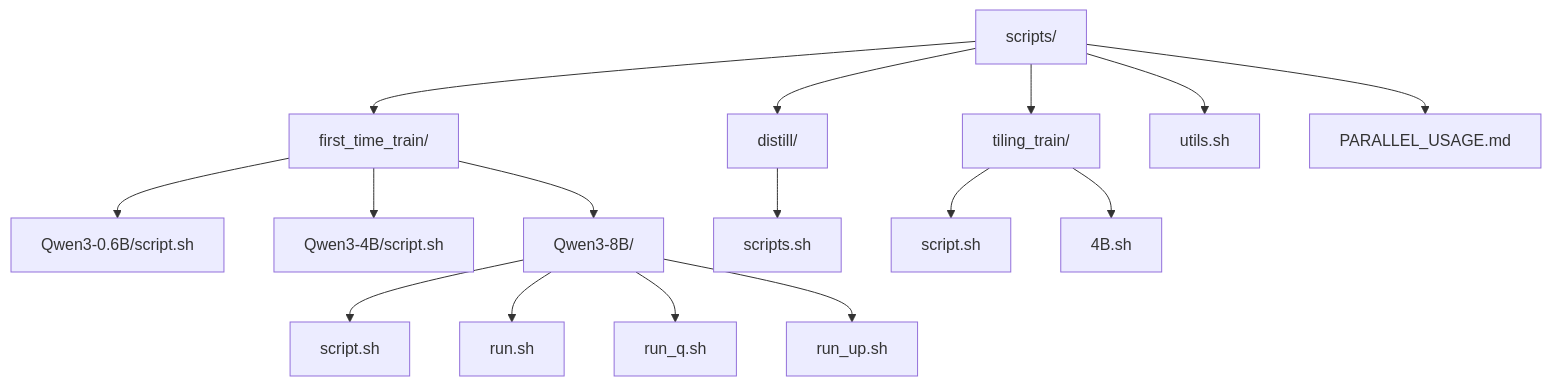
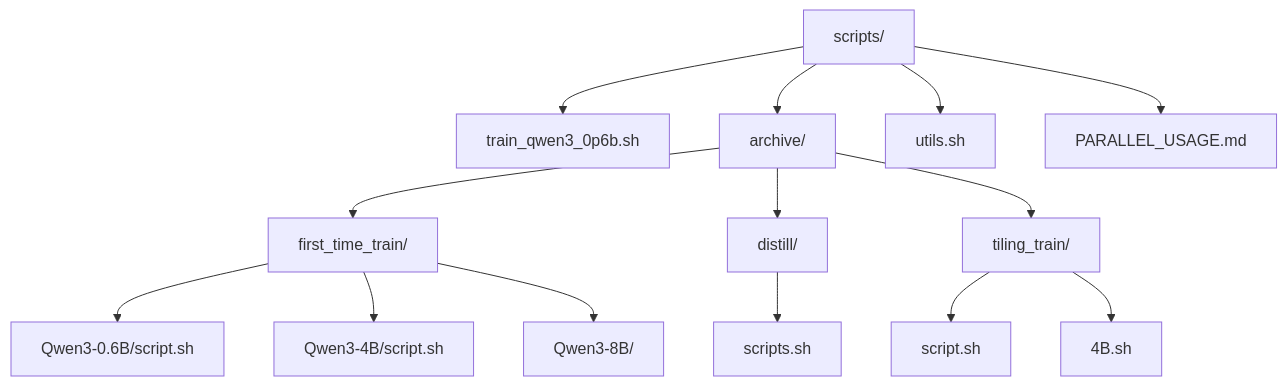
The first of 3 diagrams in .qoder/repowiki/zh/content/命令行工具/训练脚本模板.md (duanzhaol/sparsify), drawn with Mermaid before and after one commit. The commit also changed other lines of this file and 3 other files, not shown here.

````diff
--- a/.qoder/repowiki/zh/content/命令行工具/训练脚本模板.md
+++ b/.qoder/repowiki/zh/content/命令行工具/训练脚本模板.md
@@ -48,18 +62,16 @@
 ```mermaid
 graph TB
-A["scripts/"] --> B["first_time_train/"]
-A --> C["distill/"]
-A --> D["tiling_train/"]
-A --> E["utils.sh"]
-A --> F["PARALLEL_USAGE.md"]
-B --> B1["Qwen3-0.6B/script.sh"]
-B --> B2["Qwen3-4B/script.sh"]
-B --> B3["Qwen3-8B/"]
-B3 --> B3a["script.sh"]
-B3 --> B3b["run.sh"]
-B3 --> B3c["run_q.sh"]
-B3 --> B3d["run_up.sh"]
-C --> C1["scripts.sh"]
-D --> D1["script.sh"]
-D --> D2["4B.sh"]
+A["scripts/"] --> B["train_qwen3_0p6b.sh"]
+A --> C["archive/"]
+A --> D["utils.sh"]
+A --> E["PARALLEL_USAGE.md"]
+C --> C1["first_time_train/"]
+C --> C2["distill/"]
+C --> C3["tiling_train/"]
+C1 --> C1a["Qwen3-0.6B/script.sh"]
+C1 --> C1b["Qwen3-4B/script.sh"]
+C1 --> C1c["Qwen3-8B/"]
+C2 --> C2a["scripts.sh"]
+C3 --> C3a["script.sh"]
+C3 --> C3b["4B.sh"]
 ```
````
